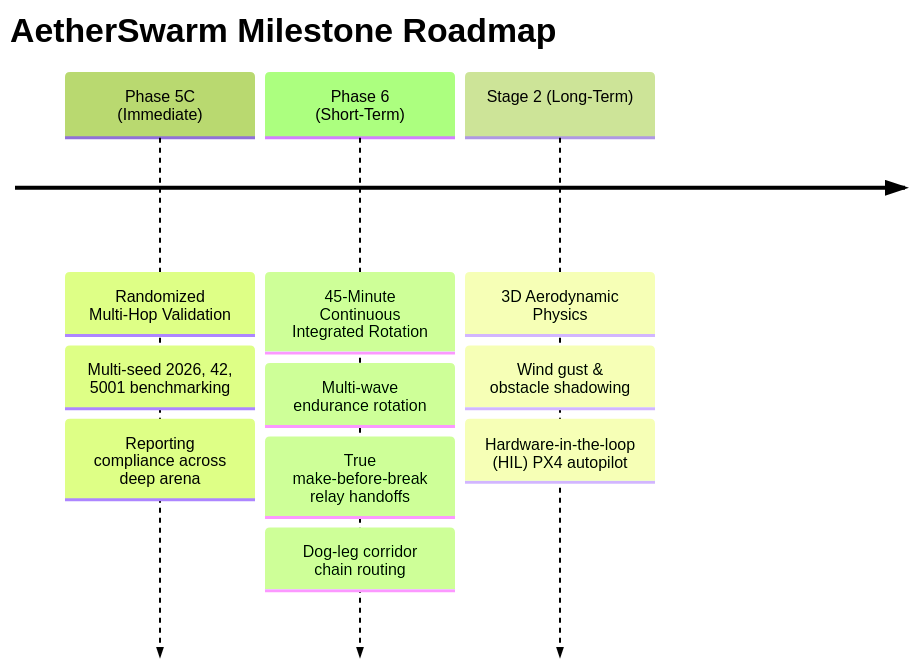
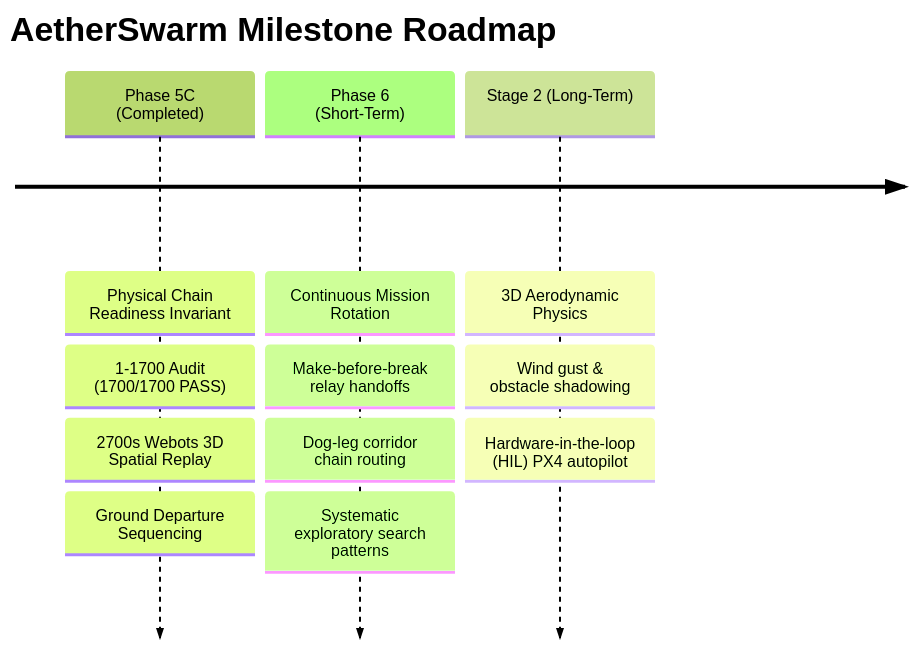
The diagram in docs/LIMITATIONS_AND_ROADMAP.md (ThePixelScript/AetherSwarm), drawn with Mermaid (forest theme) before and after one commit. The commit also changed other lines of this file and 18 other files, not shown here.

````diff
--- a/docs/LIMITATIONS_AND_ROADMAP.md
+++ b/docs/LIMITATIONS_AND_ROADMAP.md
@@ -40,7 +47,7 @@
 ```mermaid
 timeline
     title AetherSwarm Milestone Roadmap
-    Phase 5C (Immediate) : Randomized Multi-Hop Validation : Multi-seed 2026, 42, 5001 benchmarking : Reporting compliance across deep arena
-    Phase 6 (Short-Term) : 45-Minute Continuous Integrated Rotation : Multi-wave endurance rotation : True make-before-break relay handoffs : Dog-leg corridor chain routing
+    Phase 5C (Completed) : Physical Chain Readiness Invariant : 1-1700 Audit (1700/1700 PASS) : 2700s Webots 3D Spatial Replay : Ground Departure Sequencing
+    Phase 6 (Short-Term) : Continuous Mission Rotation : Make-before-break relay handoffs : Dog-leg corridor chain routing : Systematic exploratory search patterns
     Stage 2 (Long-Term)  : 3D Aerodynamic Physics : Wind gust & obstacle shadowing : Hardware-in-the-loop (HIL) PX4 autopilot
 ```
````
